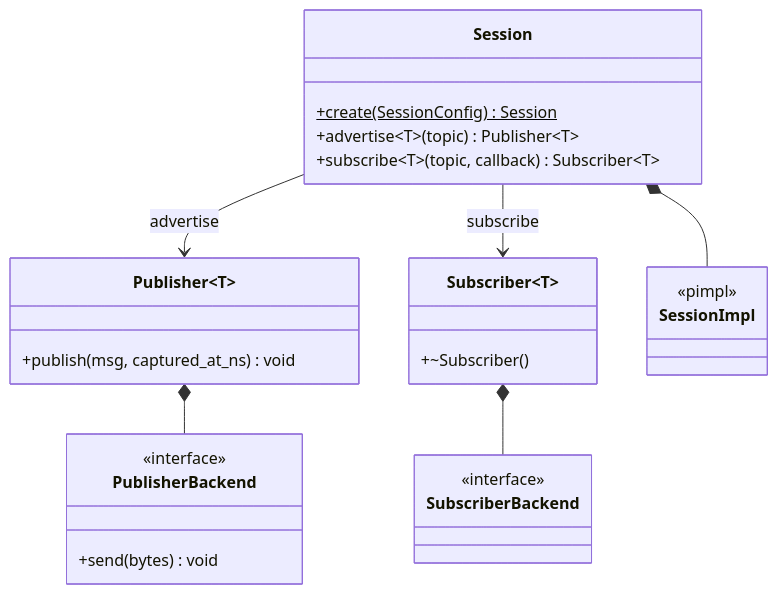
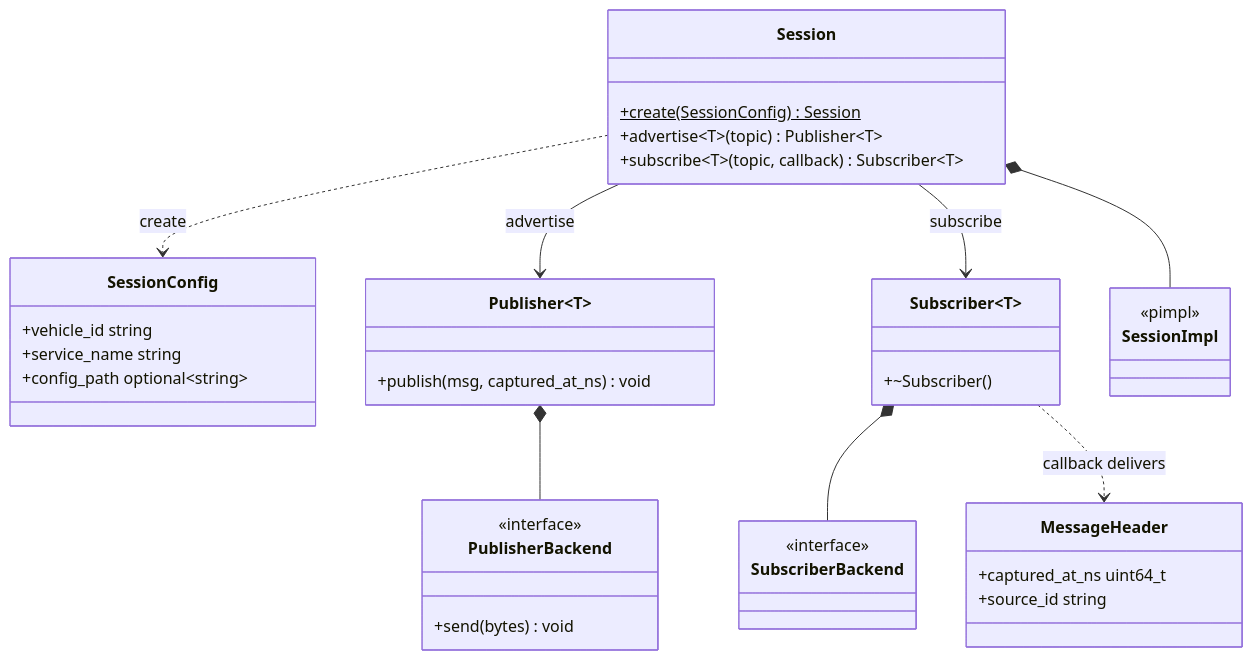
One commit to Unmanned-Constellation/orion changed the first of 3 diagrams in docs/libs/orion-transport.md. Above: the diagram before and after it, drawn with Mermaid. The commit also changed 18 other files, not shown here.

````diff
--- a/docs/libs/orion-transport.md
+++ b/docs/libs/orion-transport.md
@@ -9,29 +9,40 @@
 ```{mermaid}
 classDiagram
+    class SessionConfig {
+        +vehicle_id string
+        +service_name string
+        +config_path optional~string~
+    }
     class Session {
         +create(SessionConfig) Session$
         +advertise~T~(topic) Publisher~T~
         +subscribe~T~(topic, callback) Subscriber~T~
     }
     class Publisher~T~ {
         +publish(msg, captured_at_ns) void
     }
     class Subscriber~T~ {
         +~Subscriber()
     }
+    class MessageHeader {
+        +captured_at_ns uint64_t
+        +source_id string
+    }
     class PublisherBackend {
         <<interface>>
         +send(bytes) void
     }
     class SubscriberBackend {
         <<interface>>
     }
     class SessionImpl {
         <<pimpl>>
     }
+    Session ..> SessionConfig : create
     Session --> Publisher~T~ : advertise
     Session --> Subscriber~T~ : subscribe
     Session *-- SessionImpl
     Publisher~T~ *-- PublisherBackend
     Subscriber~T~ *-- SubscriberBackend
+    Subscriber~T~ ..> MessageHeader : callback delivers
 ```
````
